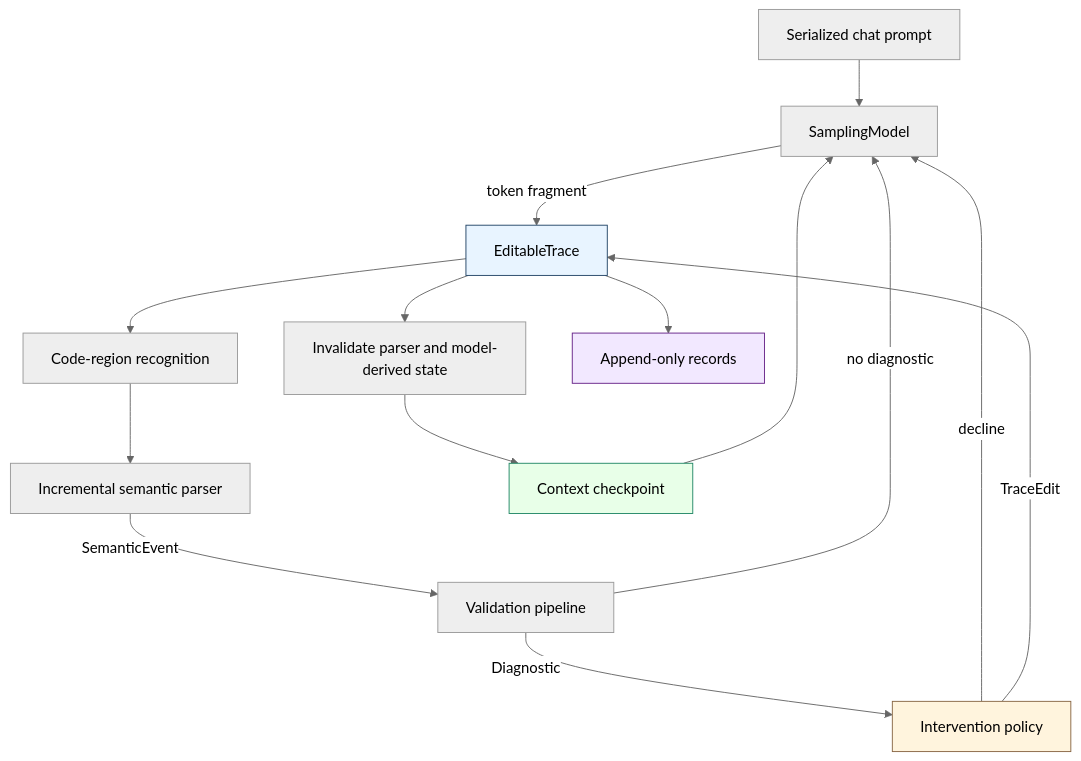
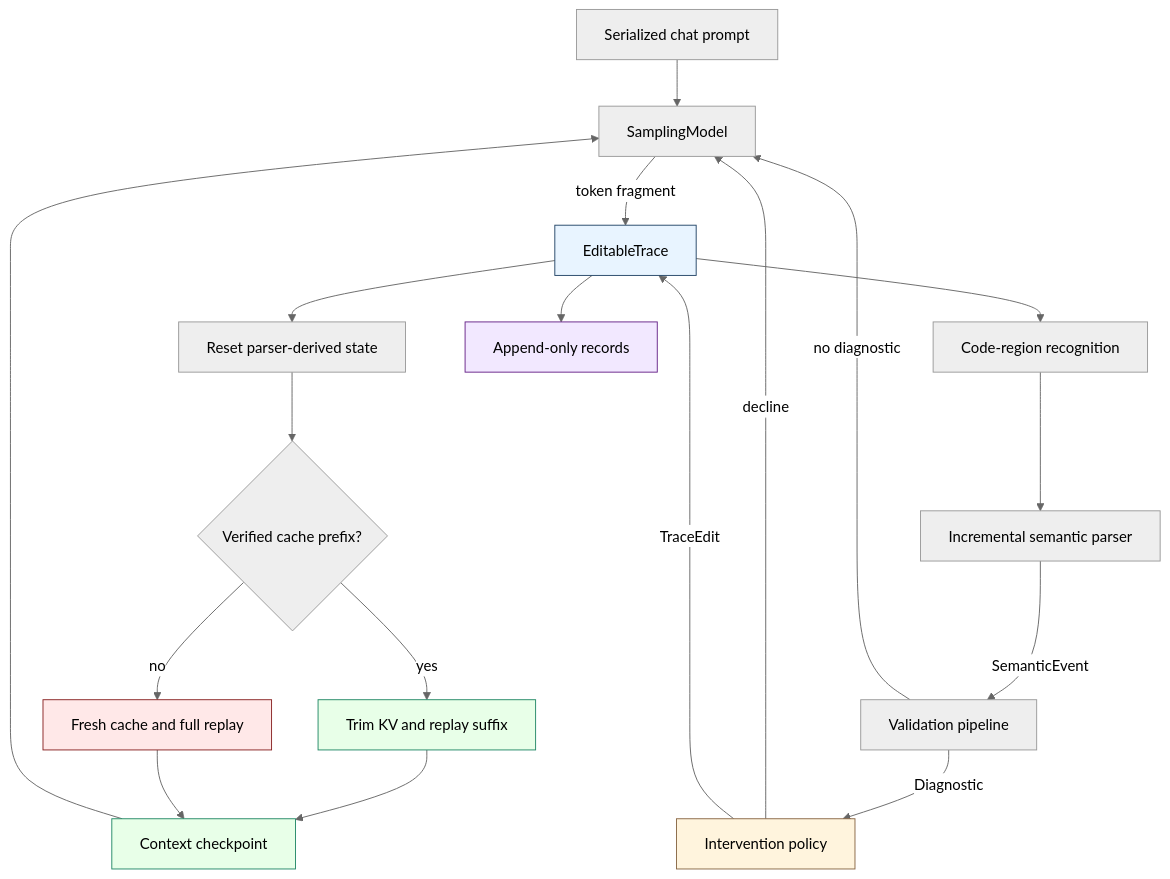
The first of 4 diagrams in Projects/2026/08/25/PROJ - Semantic Feedback for LLM Code Generation - Complete MLX and Qwen Project Report.md (go-go-golems/go-go-parc), drawn with Mermaid (neutral theme) before and after one commit. The commit also changed other lines of this file, not shown here.

````diff
--- a/Projects/2026/08/25/PROJ - Semantic Feedback for LLM Code Generation - Complete MLX and Qwen Project Report.md
+++ b/Projects/2026/08/25/PROJ - Semantic Feedback for LLM Code Generation - Complete MLX and Qwen Project Report.md
@@ -203,21 +231,27 @@
 ```mermaid
 flowchart TD
     Prompt[Serialized chat prompt] --> Model[SamplingModel]
     Model -->|token fragment| Trace[EditableTrace]
     Trace --> Scope[Code-region recognition]
     Scope --> Parser[Incremental semantic parser]
     Parser -->|SemanticEvent| Pipeline[Validation pipeline]
     Pipeline -->|no diagnostic| Model
     Pipeline -->|Diagnostic| Policy[Intervention policy]
     Policy -->|decline| Model
     Policy -->|TraceEdit| Trace
-    Trace --> Reset[Invalidate parser and model-derived state]
-    Reset --> Checkpoint[Context checkpoint]
+    Trace --> Reset[Reset parser-derived state]
+    Reset --> Replay{Verified cache prefix?}
+    Replay -->|yes| Prefix[Trim KV and replay suffix]
+    Replay -->|no| Full[Fresh cache and full replay]
+    Prefix --> Checkpoint[Context checkpoint]
+    Full --> Checkpoint
     Checkpoint --> Model
     Trace --> Audit[Append-only records]
 
     style Trace fill:#e8f4ff,stroke:#246
     style Policy fill:#fff4dd,stroke:#864
+    style Prefix fill:#e8ffe8,stroke:#286
+    style Full fill:#ffe8e8,stroke:#822
     style Checkpoint fill:#e8ffe8,stroke:#286
     style Audit fill:#f2e8ff,stroke:#628
 ```
````
